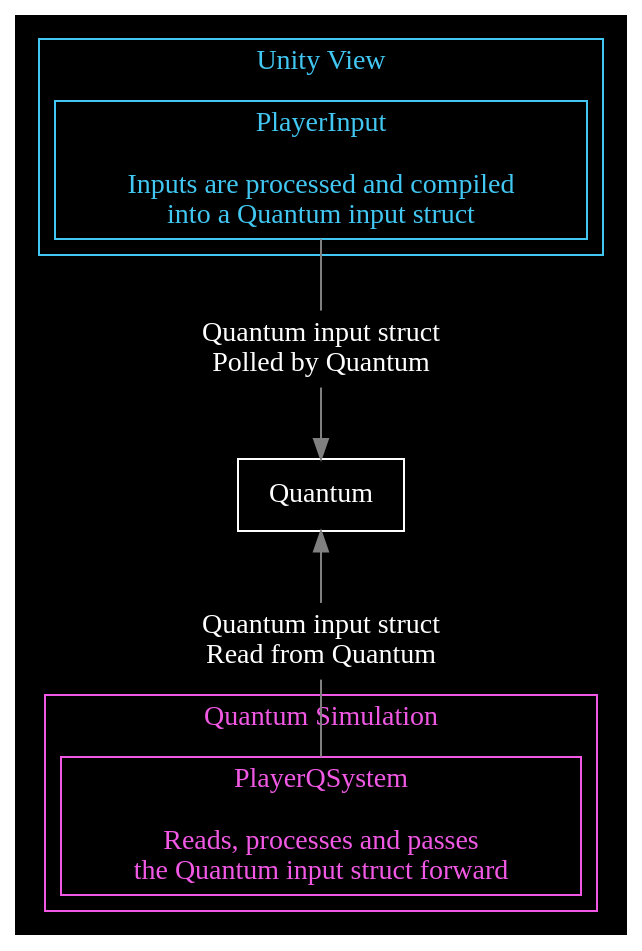
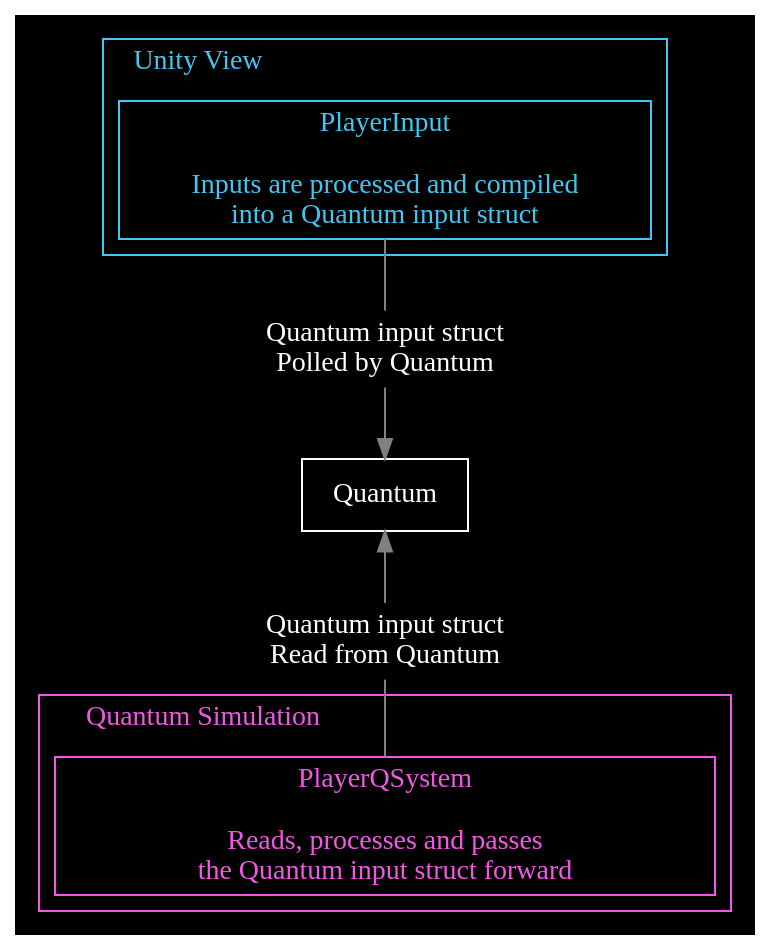
One commit to Alt-Org/Altzone changed the fourth of 9 diagrams in Doc/Doxygen/Battle/additional-documentation/pages/1-concepts-player-.md. Above: the diagram before and after it, drawn with Graphviz. The commit also changed other lines of this file and 9 other files, not shown here.

````diff
--- a/Doc/Doxygen/Battle/additional-documentation/pages/1-concepts-player-.md
+++ b/Doc/Doxygen/Battle/additional-documentation/pages/1-concepts-player-.md
@@ -178,39 +179,42 @@
 ```dot
 digraph PlayerInputGraph {
   color=white;
   fontcolor=white;
   bgcolor=black;
+  splines=polyline;
 
   node [shape=box, style=filled, color=white, fontcolor=white, fillcolor=black];
   edge [color=gray];
 
   subgraph cluster_unityview {
     color="#41C7F1";
     fontcolor="#41C7F1";
     label = "Unity View";
+    labeljust="l"
 
     node [color="#41C7F1", fontcolor="#41C7F1"];
 
     PlayerInput [label="PlayerInput\n\nInputs are processed and compiled\ninto a Quantum input struct"];
   }
 
   InputStructView       [label="Quantum input struct\nPolled by Quantum", color=transparent];
   Quantum               [label="Quantum"];
   InputStructSimulation [label="Quantum input struct\nRead from Quantum", color=transparent];
 
   subgraph cluster_simulation {
     color="#F159E4";
     fontcolor="#F159E4";
     label = "Quantum Simulation";
+    labeljust="l"
 
     node [color="#F159E4", fontcolor="#F159E4"];
 
-    PlayerQSystem            [label="PlayerQSystem\n\nReads, processes and passes\nthe Quantum input struct forward"];
+    PlayerQSystem            [label="PlayerQSystem\n\nReads, processes and passes\nthe Quantum input struct forward", margin="0.6,0.055"];
   }
 
   PlayerInput -> InputStructView [dir=none];
   InputStructView -> Quantum;
   Quantum -> InputStructSimulation [dir=back];
   InputStructSimulation -> PlayerQSystem [dir=none];
 }
 ```
````
